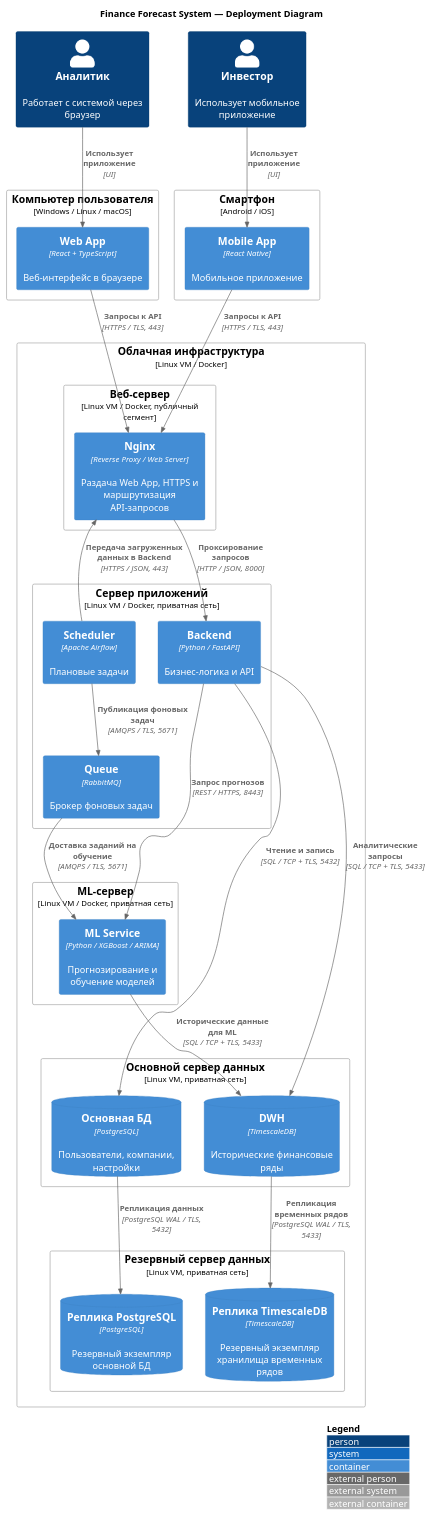
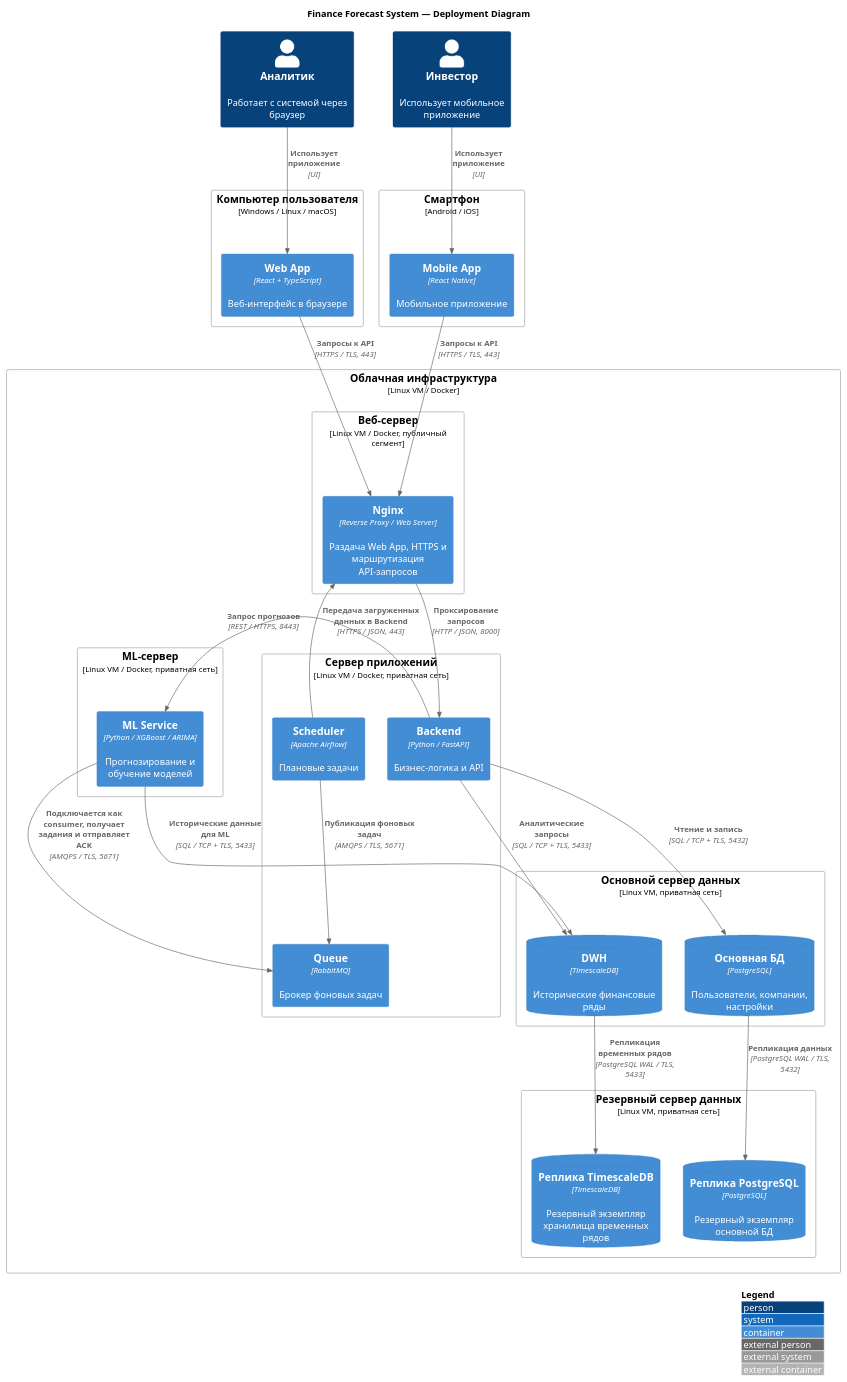
The diagram in src/lab4/deployment.puml (Jjots/finance-forecast-app), drawn with PlantUML before and after one commit. The commit also changed 2 other files, not shown here.

Commit message:
docs: finalize lab4 architecture diagrams and README

```diff
--- a/src/lab4/deployment.puml
+++ b/src/lab4/deployment.puml
@@ -2,67 +2,67 @@
 @startuml
 !include https://raw.githubusercontent.com/plantuml-stdlib/C4-PlantUML/master/C4_Deployment.puml
 
 LAYOUT_WITH_LEGEND()
 
 title Finance Forecast System — Deployment Diagram
 
 Person(analyst, "Аналитик", "Работает с системой через браузер")
 Person(investor, "Инвестор", "Использует мобильное приложение")
 
 Deployment_Node(pc, "Компьютер пользователя", "Windows / Linux / macOS") {
     Container(web_app, "Web App", "React + TypeScript", "Веб-интерфейс в браузере")
 }
 
 Deployment_Node(phone, "Смартфон", "Android / iOS") {
     Container(mobile_app, "Mobile App", "React Native", "Мобильное приложение")
 }
 
 Deployment_Node(cloud, "Облачная инфраструктура", "Linux VM / Docker") {
 
     Deployment_Node(web_server, "Веб-сервер", "Linux VM / Docker, публичный сегмент") {
         Container(nginx, "Nginx", "Reverse Proxy / Web Server", "Раздача Web App, HTTPS и маршрутизация API-запросов")
     }
 
     Deployment_Node(app_server, "Сервер приложений", "Linux VM / Docker, приватная сеть") {
         Container(backend, "Backend", "Python / FastAPI", "Бизнес-логика и API")
         Container(scheduler, "Scheduler", "Apache Airflow", "Плановые задачи")
         Container(queue, "Queue", "RabbitMQ", "Брокер фоновых задач")
     }
 
     Deployment_Node(ml_server, "ML-сервер", "Linux VM / Docker, приватная сеть") {
         Container(ml_service, "ML Service", "Python / XGBoost / ARIMA", "Прогнозирование и обучение моделей")
     }
 
     Deployment_Node(db_server, "Основной сервер данных", "Linux VM, приватная сеть") {
         ContainerDb(db_main, "Основная БД", "PostgreSQL", "Пользователи, компании, настройки")
         ContainerDb(dwh, "DWH", "TimescaleDB", "Исторические финансовые ряды")
     }
 
     Deployment_Node(replica_server, "Резервный сервер данных", "Linux VM, приватная сеть") {
         ContainerDb(db_main_replica, "Реплика PostgreSQL", "PostgreSQL", "Резервный экземпляр основной БД")
         ContainerDb(dwh_replica, "Реплика TimescaleDB", "TimescaleDB", "Резервный экземпляр хранилища временных рядов")
     }
 }
 
 Rel(analyst, web_app, "Использует приложение", "UI")
 Rel(investor, mobile_app, "Использует приложение", "UI")
 
 Rel(web_app, nginx, "Запросы к API", "HTTPS / TLS, 443")
 Rel(mobile_app, nginx, "Запросы к API", "HTTPS / TLS, 443")
 
 Rel(nginx, backend, "Проксирование запросов", "HTTP / JSON, 8000")
 
 Rel(backend, ml_service, "Запрос прогнозов", "REST / HTTPS, 8443")
 
 Rel(backend, db_main, "Чтение и запись", "SQL / TCP + TLS, 5432")
 Rel(backend, dwh, "Аналитические запросы", "SQL / TCP + TLS, 5433")
 Rel(ml_service, dwh, "Исторические данные для ML", "SQL / TCP + TLS, 5433")
 
 Rel(scheduler, nginx, "Передача загруженных данных в Backend", "HTTPS / JSON, 443")
 Rel(scheduler, queue, "Публикация фоновых задач", "AMQPS / TLS, 5671")
-Rel(queue, ml_service, "Доставка заданий на обучение", "AMQPS / TLS, 5671")
+Rel(ml_service, queue, "Подключается как consumer, получает задания и отправляет ACK", "AMQPS / TLS, 5671")
 
 Rel(db_main, db_main_replica, "Репликация данных", "PostgreSQL WAL / TLS, 5432")
 Rel(dwh, dwh_replica, "Репликация временных рядов", "PostgreSQL WAL / TLS, 5433")
 
 @enduml
```
